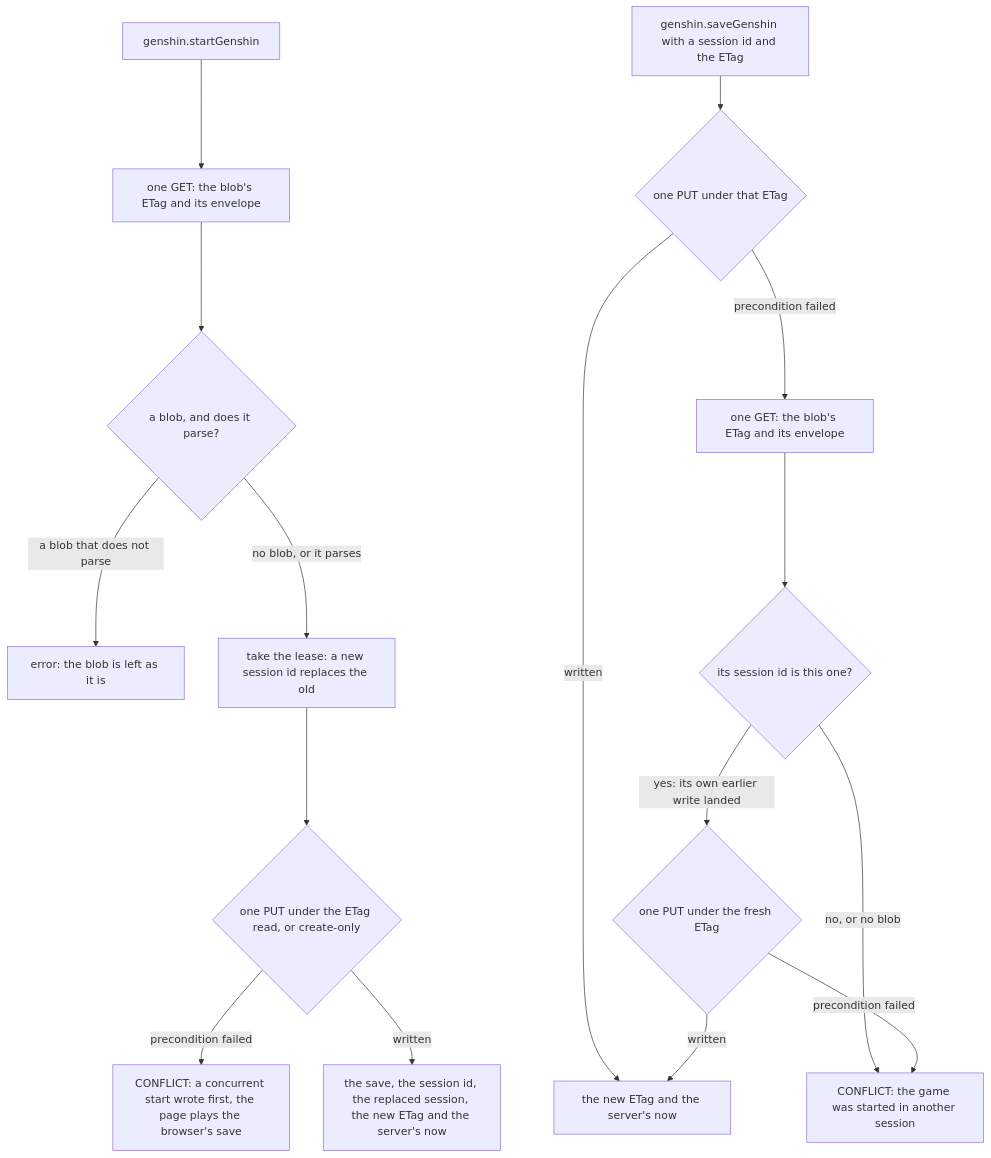
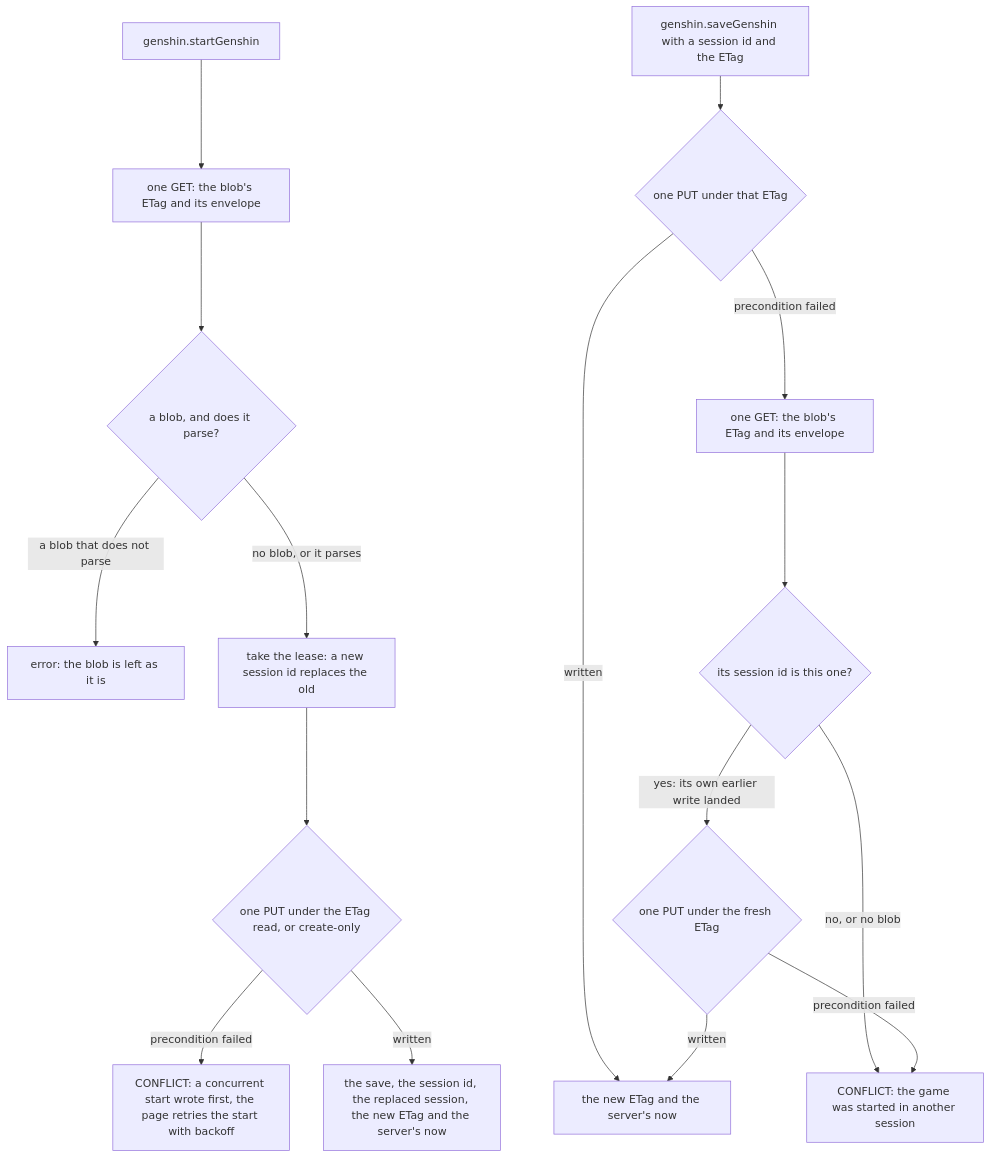
One commit to Esposter/Esposter changed the first of 3 diagrams in apps/web/content/docs/genshin/save-data.md. Above: the diagram before and after it, drawn with Mermaid. The commit also changed 1 other file, not shown here.

Commit message:
docs(web): the Genshin save's diagram names the retried start, not the browser's copy, and the serialization page lists the journal's read beside the other two
Claude-Session: https://claude.ai/code/session_01G7vjWfdLPLc2TiVG7vjBEM

````diff
--- a/apps/web/content/docs/genshin/save-data.md
+++ b/apps/web/content/docs/genshin/save-data.md
@@ -12,18 +12,18 @@
 ```mermaid
 flowchart TD
   S["genshin.startGenshin"] --> R["one GET: the blob's ETag and its envelope"]
   R --> P{"a blob, and does it parse?"}
   P -->|"a blob that does not parse"| X0["error: the blob is left as it is"]
   P -->|"no blob, or it parses"| L["take the lease: a new session id replaces the old"]
   L --> W1{"one PUT under the ETag read, or create-only"}
-  W1 -->|"precondition failed"| X["CONFLICT: a concurrent start wrote first, the page plays the browser's save"]
+  W1 -->|"precondition failed"| X["CONFLICT: a concurrent start wrote first, the page retries the start with backoff"]
   W1 -->|"written"| O["the save, the session id, the replaced session, the new ETag and the server's now"]
   V["genshin.saveGenshin with a session id and the ETag"] --> W2{"one PUT under that ETag"}
   W2 -->|"written"| N["the new ETag and the server's now"]
   W2 -->|"precondition failed"| R2["one GET: the blob's ETag and its envelope"]
   R2 --> C{"its session id is this one?"}
   C -->|"no, or no blob"| E["CONFLICT: the game was started in another session"]
   C -->|"yes: its own earlier write landed"| W3{"one PUT under the fresh ETag"}
   W3 -->|"precondition failed"| E
   W3 -->|"written"| N
 ```
````
